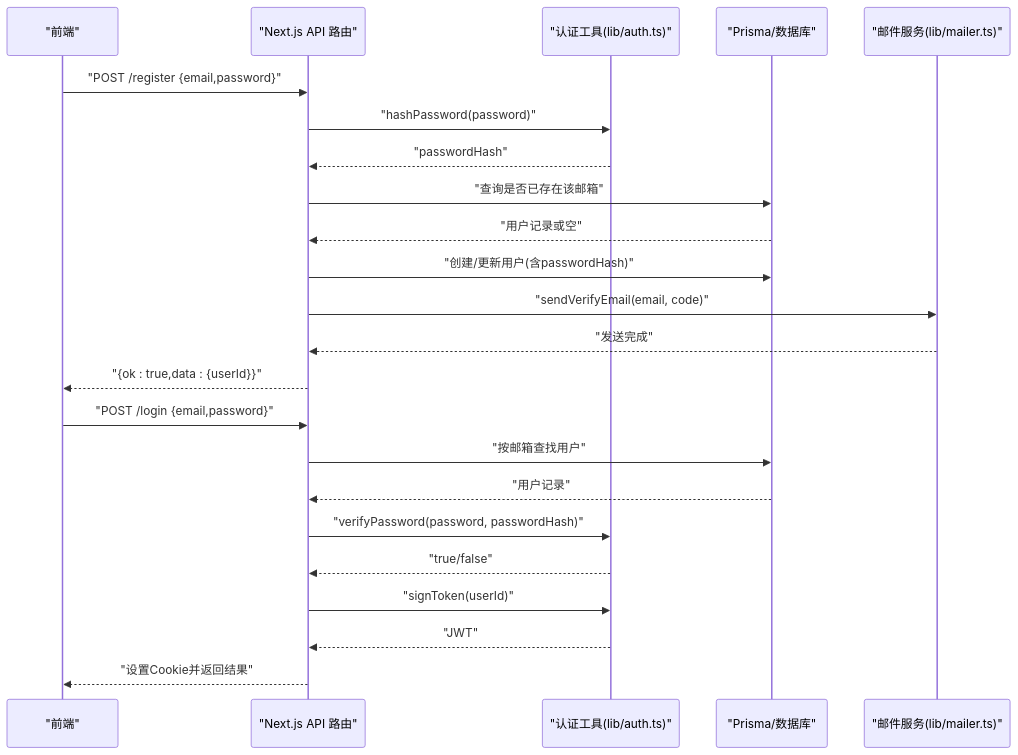
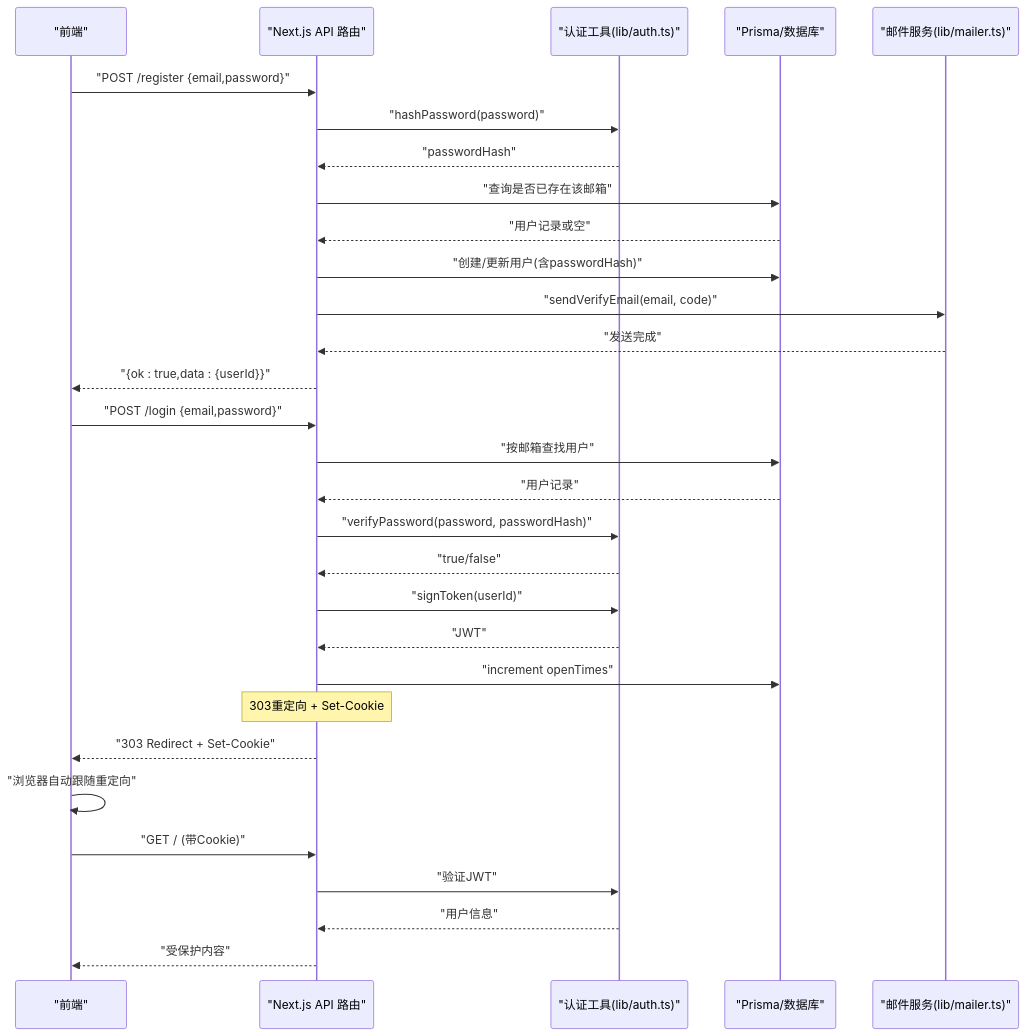
Before and after one commit to kangkang919/xinya: the second of 10 diagrams in .qoder/repowiki/zh/content/用户认证系统/密码认证.md, drawn with Mermaid. The commit also changed other lines of this file and 37 other files, not shown here.

````diff
--- a/.qoder/repowiki/zh/content/用户认证系统/密码认证.md
+++ b/.qoder/repowiki/zh/content/用户认证系统/密码认证.md
@@ -141,25 +151,32 @@
 ```mermaid
 sequenceDiagram
 participant FE as "前端"
 participant API as "Next.js API 路由"
 participant AUTH as "认证工具(lib/auth.ts)"
 participant DB as "Prisma/数据库"
 participant MAIL as "邮件服务(lib/mailer.ts)"
 FE->>API : "POST /register {email,password}"
 API->>AUTH : "hashPassword(password)"
 AUTH-->>API : "passwordHash"
 API->>DB : "查询是否已存在该邮箱"
 DB-->>API : "用户记录或空"
 API->>DB : "创建/更新用户(含passwordHash)"
 API->>MAIL : "sendVerifyEmail(email, code)"
 MAIL-->>API : "发送完成"
 API-->>FE : "{ok : true,data : {userId}}"
 FE->>API : "POST /login {email,password}"
 API->>DB : "按邮箱查找用户"
 DB-->>API : "用户记录"
 API->>AUTH : "verifyPassword(password, passwordHash)"
 AUTH-->>API : "true/false"
 API->>AUTH : "signToken(userId)"
 AUTH-->>API : "JWT"
-API-->>FE : "设置Cookie并返回结果"
+API->>DB : "increment openTimes"
+Note over API : 303重定向 + Set-Cookie
+API-->>FE : "303 Redirect + Set-Cookie"
+FE->>FE : "浏览器自动跟随重定向"
+FE->>API : "GET / (带Cookie)"
+API->>AUTH : "验证JWT"
+AUTH-->>API : "用户信息"
+API-->>FE : "受保护内容"
 ```
````
